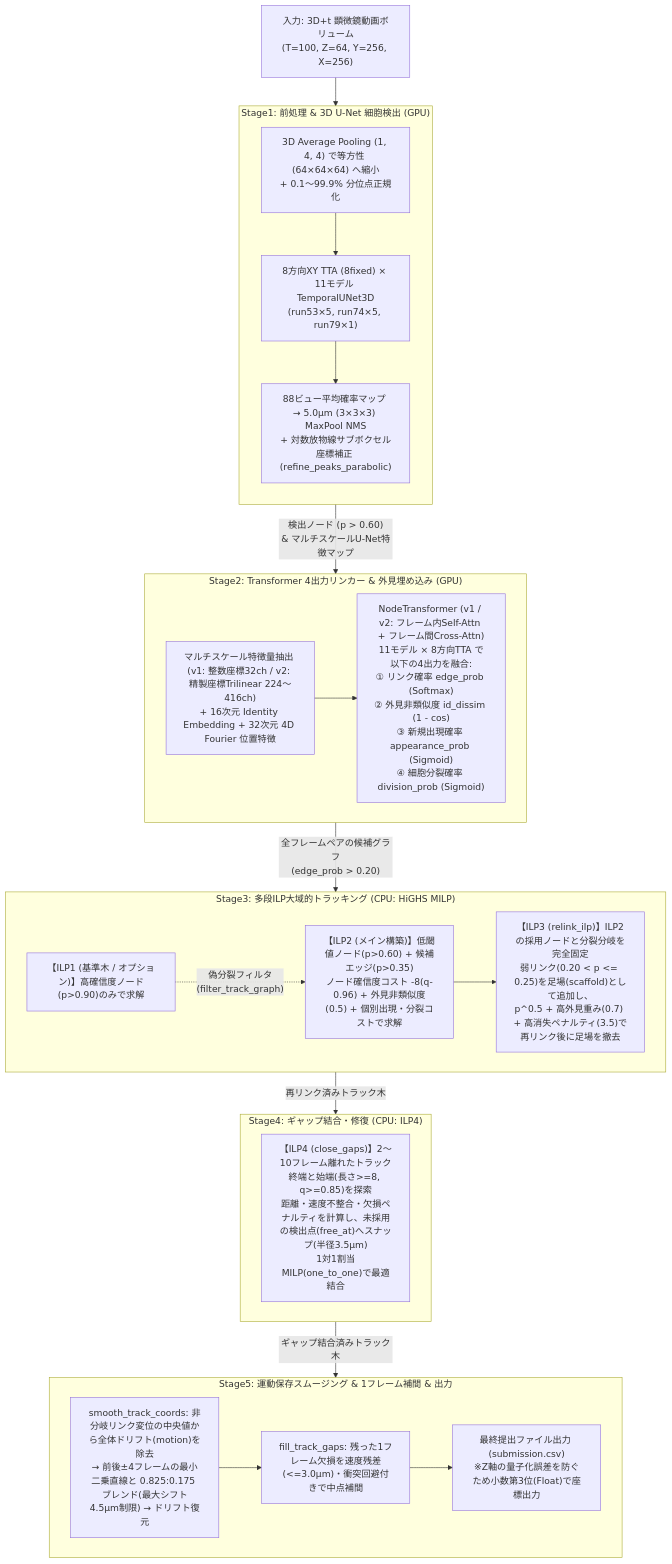
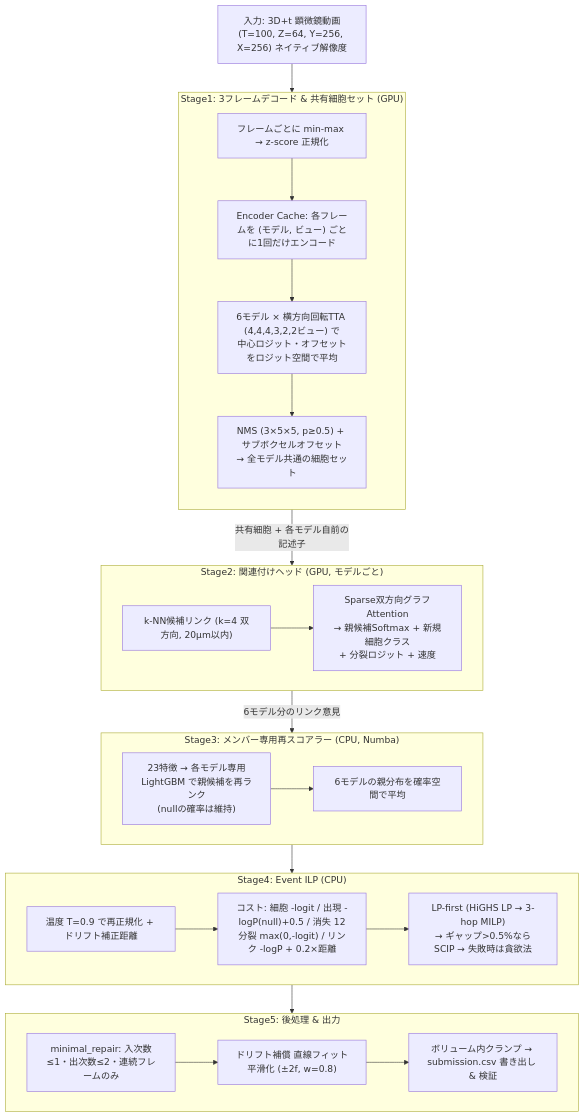
One commit to kito2718/kgle_001_BCT_Episode changed the second of 9 diagrams in episode/Summary&Conclusion/6th-place-summary.md. Above: the diagram before and after it, drawn with Mermaid. The commit also changed other lines of this file, not shown here.

````diff
--- a/episode/Summary&Conclusion/6th-place-summary.md
+++ b/episode/Summary&Conclusion/6th-place-summary.md
@@ -178,36 +226,37 @@
 ```mermaid
 flowchart TD
-    Input["入力: 3D+t 顕微鏡動画ボリューム<br/>(T=100, Z=64, Y=256, X=256)"] --> S1
+    Input["入力: 3D+t 顕微鏡動画<br/>(T=100, Z=64, Y=256, X=256) ネイティブ解像度"] --> S1
 
-    subgraph S1["Stage1: 前処理 & 3D U-Net 細胞検出 (GPU)"]
+    subgraph S1["Stage1: 3フレームデコード & 共有細胞セット (GPU)"]
         direction TB
-        P1["3D Average Pooling (1, 4, 4) で等方性 (64×64×64) へ縮小<br/>+ 0.1〜99.9% 分位点正規化"] --> P2["8方向XY TTA (8fixed) × 11モデル TemporalUNet3D<br/>(run53×5, run74×5, run79×1)"]
-        P2 --> P3["88ビュー平均確率マップ → 5.0µm (3×3×3) MaxPool NMS<br/>+ 対数放物線サブボクセル座標補正 (refine_peaks_parabolic)"]
+        P1["フレームごとに min-max → z-score 正規化"] --> P2["Encoder Cache: 各フレームを (モデル, ビュー) ごとに1回だけエンコード"]
+        P2 --> P3["6モデル × 横方向回転TTA (4,4,4,3,2,2ビュー) で<br/>中心ロジット・オフセットをロジット空間で平均"]
+        P3 --> P4["NMS (3×5×5, p≥0.5) + サブボクセルオフセット<br/>→ 全モデル共通の細胞セット"]
     end
 
-    S1 -->|"検出ノード (p > 0.60)<br/>& マルチスケールU-Net特徴マップ"| S2
+    S1 -->|"共有細胞 + 各モデル自前の記述子"| S2
 
-    subgraph S2["Stage2: Transformer 4出力リンカー & 外見埋め込み (GPU)"]
-        L1["マルチスケール特徴量抽出 (v1: 整数座標32ch / v2: 精製座標Trilinear 224〜416ch)<br/>+ 16次元 Identity Embedding + 32次元 4D Fourier 位置特徴"] --> L2["NodeTransformer (v1 / v2: フレーム内Self-Attn + フレーム間Cross-Attn)<br/>11モデル × 8方向TTA で以下の4出力を融合:<br/>① リンク確率 edge_prob (Softmax)<br/>② 外見非類似度 id_dissim (1 - cos)<br/>③ 新規出現確率 appearance_prob (Sigmoid)<br/>④ 細胞分裂確率 division_prob (Sigmoid)"]
+    subgraph S2["Stage2: 関連付けヘッド (GPU, モデルごと)"]
+        A1["k-NN候補リンク (k=4 双方向, 20µm以内)"] --> A2["Sparse双方向グラフAttention<br/>→ 親候補Softmax + 新規細胞クラス<br/>+ 分裂ロジット + 速度"]
     end
 
-    S2 -->|"全フレームペアの候補グラフ<br/>(edge_prob > 0.20)"| S3
+    S2 -->|"6モデル分のリンク意見"| S3
 
-    subgraph S3["Stage3: 多段ILP大域的トラッキング (CPU: HiGHS MILP)"]
-        I1["【ILP1 (基準木 / オプション)】高確信度ノード(p>0.90)のみで求解"] -.->|"偽分裂フィルタ<br/>(filter_track_graph)"| I2
-        I2["【ILP2 (メイン構築)】低閾値ノード(p>0.60) + 候補エッジ(p>0.35)<br/>ノード確信度コスト -8(q-0.96) + 外見非類似度(0.5) + 個別出現・分裂コストで求解"] --> I3["【ILP3 (relink_ilp)】ILP2の採用ノードと分裂分岐を完全固定<br/>弱リンク(0.20 < p <= 0.25)を足場(scaffold)として追加し、<br/>p^0.5 + 高外見重み(0.7) + 高消失ペナルティ(3.5)で再リンク後に足場を撤去"]
+    subgraph S3["Stage3: メンバー専用再スコアラー (CPU, Numba)"]
+        R1["23特徴 → 各モデル専用LightGBM で親候補を再ランク<br/>(nullの確率は維持)"] --> R2["6モデルの親分布を確率空間で平均"]
     end
 
-    S3 -->|"再リンク済みトラック木"| S4
+    S3 --> S4
 
-    subgraph S4["Stage4: ギャップ結合・修復 (CPU: ILP4)"]
-        G1["【ILP4 (close_gaps)】2〜10フレーム離れたトラック終端と始端(長さ>=8, q>=0.85)を探索<br/>距離・速度不整合・欠損ペナルティを計算し、未採用の検出点(free_at)へスナップ(半径3.5µm)<br/>1対1割当MILP(one_to_one)で最適結合"]
+    subgraph S4["Stage4: Event ILP (CPU)"]
+        I1["温度 T=0.9 で再正規化 + ドリフト補正距離"] --> I2["コスト: 細胞 -logit / 出現 -logP(null)+0.5 / 消失 12<br/>分裂 max(0,-logit) / リンク -logP + 0.2×距離"]
+        I2 --> I3["LP-first (HiGHS LP → 3-hop MILP)<br/>→ ギャップ>0.5%ならSCIP → 失敗時は貪欲法"]
     end
 
-    S4 -->|"ギャップ結合済みトラック木"| S5
+    S4 --> S5
 
-    subgraph S5["Stage5: 運動保存スムージング & 1フレーム補間 & 出力"]
-        SM1["smooth_track_coords: 非分岐リンク変位の中央値から全体ドリフト(motion)を除去<br/>→ 前後±4フレームの最小二乗直線と 0.825:0.175 ブレンド(最大シフト4.5µm制限) → ドリフト復元"] --> SM2["fill_track_gaps: 残った1フレーム欠損を速度残差(<=3.0µm)・衝突回避付きで中点補間"]
-        SM2 --> Output["最終提出ファイル出力 (submission.csv)<br/>※Z軸の量子化誤差を防ぐため小数第3位(Float)で座標出力"]
+    subgraph S5["Stage5: 後処理 & 出力"]
+        O1["minimal_repair: 入次数≤1・出次数≤2・連続フレームのみ"] --> O2["ドリフト補償 直線フィット平滑化 (±2f, w=0.8)"]
+        O2 --> O3["ボリューム内クランプ → submission.csv 書き出し & 検証"]
     end
 ```
````
